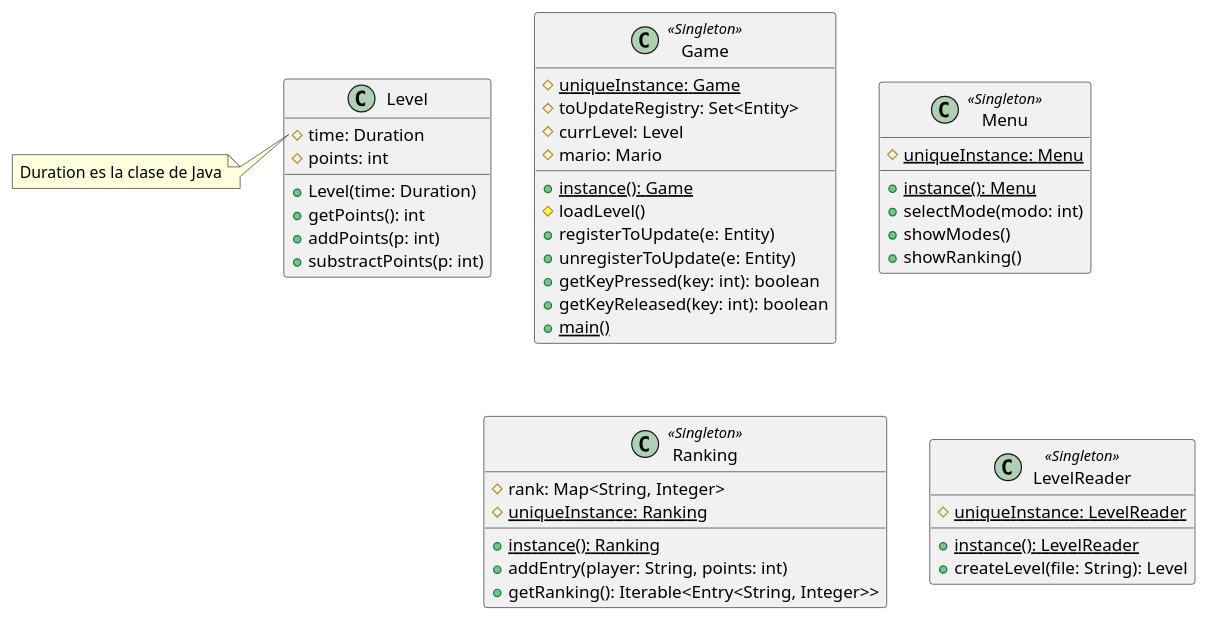
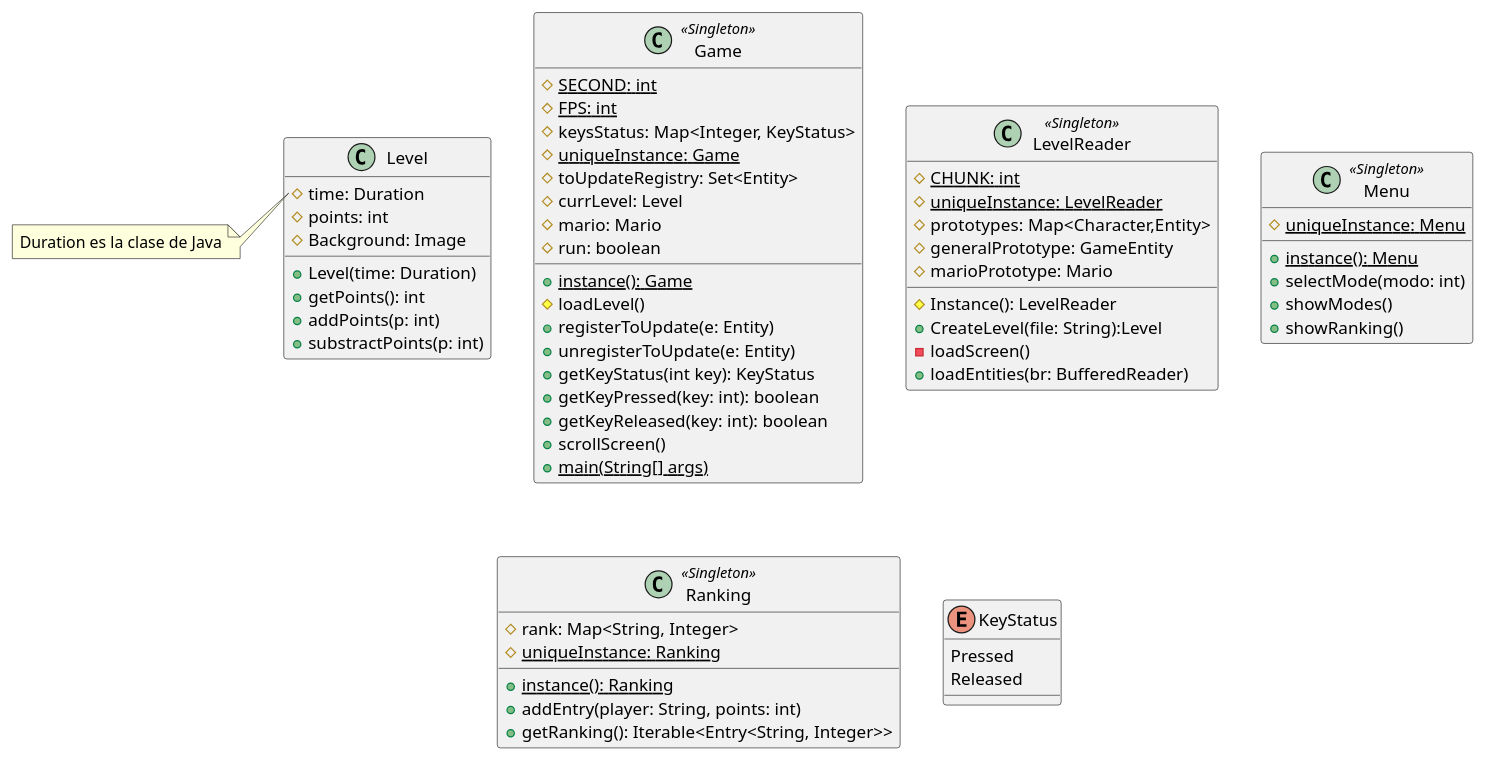
The diagram in Diagramas/diagramas/diagrama-extendido-game.puml (giuli635/SuperMarioBros), drawn with PlantUML before and after one commit. The commit also changed 6 other files, not shown here.

Commit message:
Cambios aplicados en diagrama extendido y reducido

```diff
--- a/Diagramas/diagramas/diagrama-extendido-game.puml
+++ b/Diagramas/diagramas/diagrama-extendido-game.puml
@@ -1,50 +1,69 @@
 @startuml
 class Game <<Singleton>> {
+    #{static} SECOND: int
+    #{static} FPS: int
+    #keysStatus: Map<Integer, KeyStatus>
     #{static} uniqueInstance: Game
     #toUpdateRegistry: Set<Entity>
     #currLevel: Level
     #mario: Mario
+    #run: boolean
     +{static} instance(): Game
     #loadLevel()
     +registerToUpdate(e: Entity)
     +unregisterToUpdate(e: Entity)
+    +getKeyStatus(int key): KeyStatus
     +getKeyPressed(key: int): boolean
     +getKeyReleased(key: int): boolean
-    +{static} main()
+    +scrollScreen()
+    +{static} main(String[] args)
 }
+
 
 class Level{
     #time: Duration
     #points: int
+    #Background: Image
     +Level(time: Duration)
     +getPoints(): int
     +addPoints(p: int)
     +substractPoints(p: int)
 }
 note left of Level::time
 Duration es la clase de Java
 end note
+class LevelReader <<Singleton>>{
+    #{static} CHUNK: int
+    #{static} uniqueInstance: LevelReader
+    #prototypes: Map<Character,Entity>
+    #generalPrototype: GameEntity
+    #marioPrototype: Mario
+    #Instance(): LevelReader
+    +CreateLevel(file: String):Level
+    -loadScreen()
+    +loadEntities(br: BufferedReader)
+
+}
 
 class Menu <<Singleton>> {
     #{static} uniqueInstance: Menu
     +{static} instance(): Menu
     +selectMode(modo: int)
     +showModes()
     +showRanking()
     ' TODO: implementar la UI del menu
 }
 
 class Ranking <<Singleton>> {
     #rank: Map<String, Integer>
     #{static} uniqueInstance: Ranking
     +{static} instance(): Ranking
     +addEntry(player: String, points: int)
     +getRanking(): Iterable<Entry<String, Integer>>
 }
 
-class LevelReader <<Singleton>> {
-    #{static} uniqueInstance: LevelReader
-    +{static} instance(): LevelReader
-    +createLevel(file: String): Level
+enum KeyStatus{
+    Pressed
+    Released
 }
 @enduml
```
